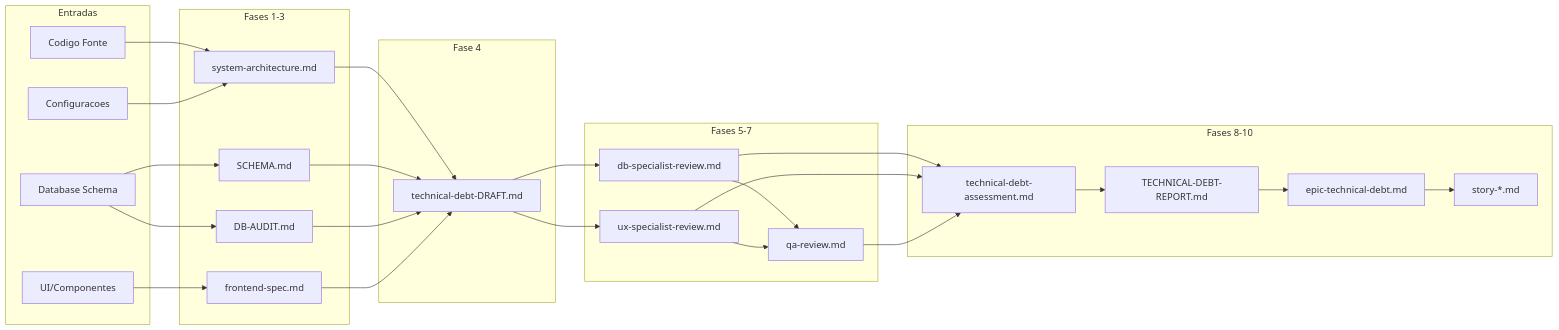
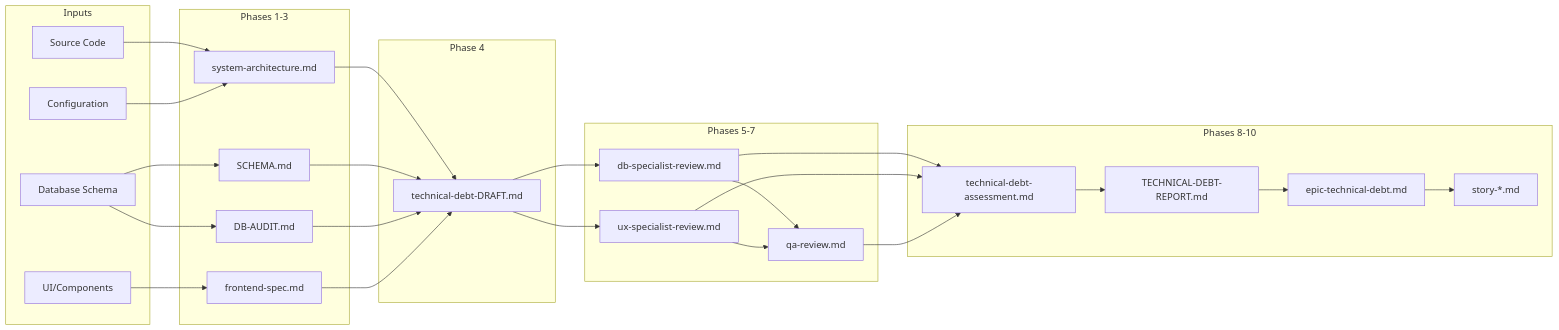
Before and after one commit to CyryxLabs/AEXOS: the fourth of 7 diagrams in docs/aexos-workflows/brownfield-discovery-workflow.md, drawn with Mermaid. The commit also changed other lines of this file and 528 other files, not shown here.

````diff
--- a/docs/aexos-workflows/brownfield-discovery-workflow.md
+++ b/docs/aexos-workflows/brownfield-discovery-workflow.md
@@ -653,57 +653,57 @@
 ```mermaid
 flowchart LR
-    subgraph Entradas
-        E1[Codigo Fonte]
+    subgraph Inputs
+        E1[Source Code]
         E2[Database Schema]
-        E3[UI/Componentes]
-        E4[Configuracoes]
+        E3[UI/Components]
+        E4[Configuration]
     end
 
-    subgraph FASE_1_3[Fases 1-3]
+    subgraph FASE_1_3[Phases 1-3]
         A1[system-architecture.md]
         A2[SCHEMA.md]
         A3[DB-AUDIT.md]
         A4[frontend-spec.md]
     end
 
-    subgraph FASE_4[Fase 4]
+    subgraph FASE_4[Phase 4]
         B1[technical-debt-DRAFT.md]
     end
 
-    subgraph FASE_5_7[Fases 5-7]
+    subgraph FASE_5_7[Phases 5-7]
         C1[db-specialist-review.md]
         C2[ux-specialist-review.md]
         C3[qa-review.md]
     end
 
-    subgraph FASE_8_10[Fases 8-10]
+    subgraph FASE_8_10[Phases 8-10]
         D1[technical-debt-assessment.md]
         D2[TECHNICAL-DEBT-REPORT.md]
         D3[epic-technical-debt.md]
         D4[story-*.md]
     end
 
     E1 --> A1
     E2 --> A2
     E2 --> A3
     E3 --> A4
     E4 --> A1
 
     A1 --> B1
     A2 --> B1
     A3 --> B1
     A4 --> B1
 
     B1 --> C1
     B1 --> C2
     C1 --> C3
     C2 --> C3
 
     C1 --> D1
     C2 --> D1
     C3 --> D1
 
     D1 --> D2
     D2 --> D3
     D3 --> D4
 ```
````
